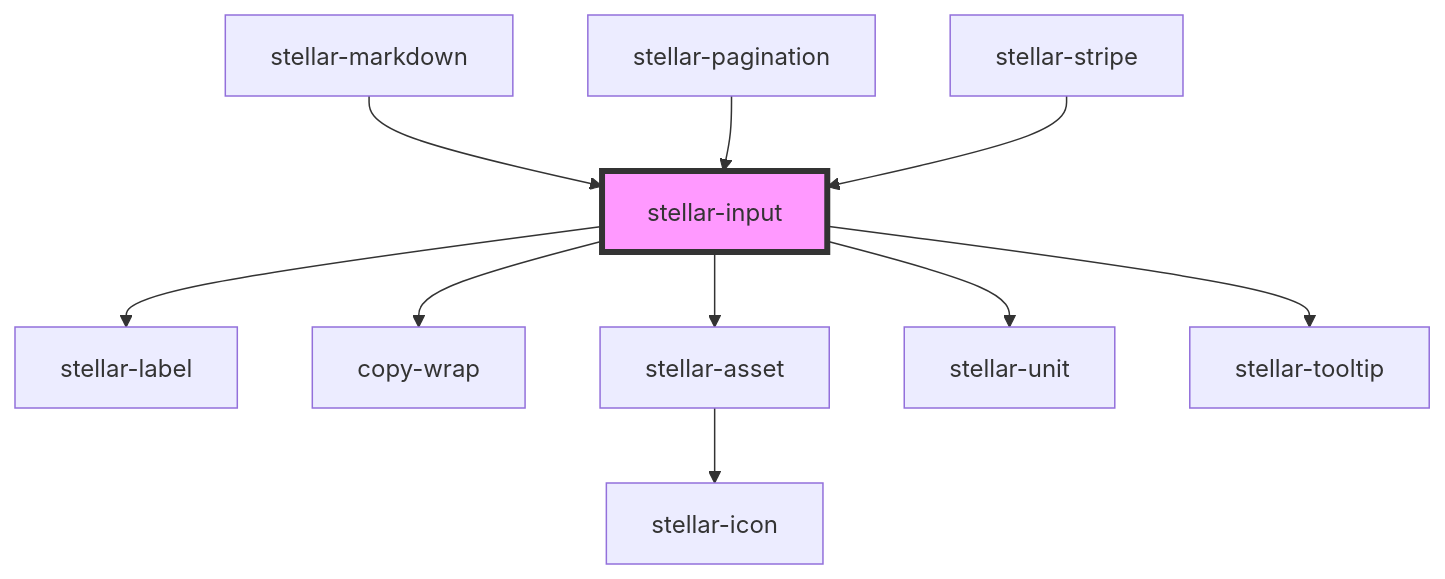
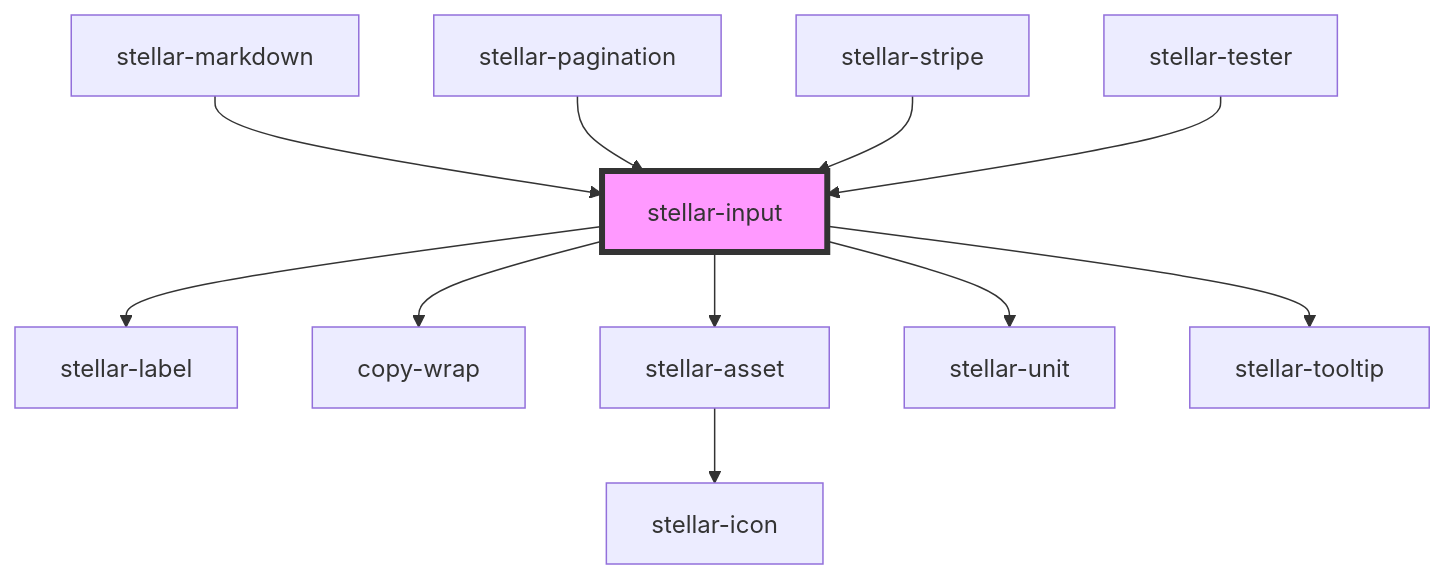
One commit to splitinfinities/Stellar changed the diagram in src/components/forms/input/readme.md. Above: the diagram before and after it, drawn with Mermaid. The commit also changed other lines of this file and 11 other files, not shown here.

````diff
--- a/src/components/forms/input/readme.md
+++ b/src/components/forms/input/readme.md
@@ -187,13 +188,14 @@
 ```mermaid
 graph TD;
   stellar-input --> stellar-label
   stellar-input --> copy-wrap
   stellar-input --> stellar-asset
   stellar-input --> stellar-unit
   stellar-input --> stellar-tooltip
   stellar-asset --> stellar-icon
   stellar-markdown --> stellar-input
   stellar-pagination --> stellar-input
   stellar-stripe --> stellar-input
+  stellar-tester --> stellar-input
   style stellar-input fill:#f9f,stroke:#333,stroke-width:4px
 ```
````
